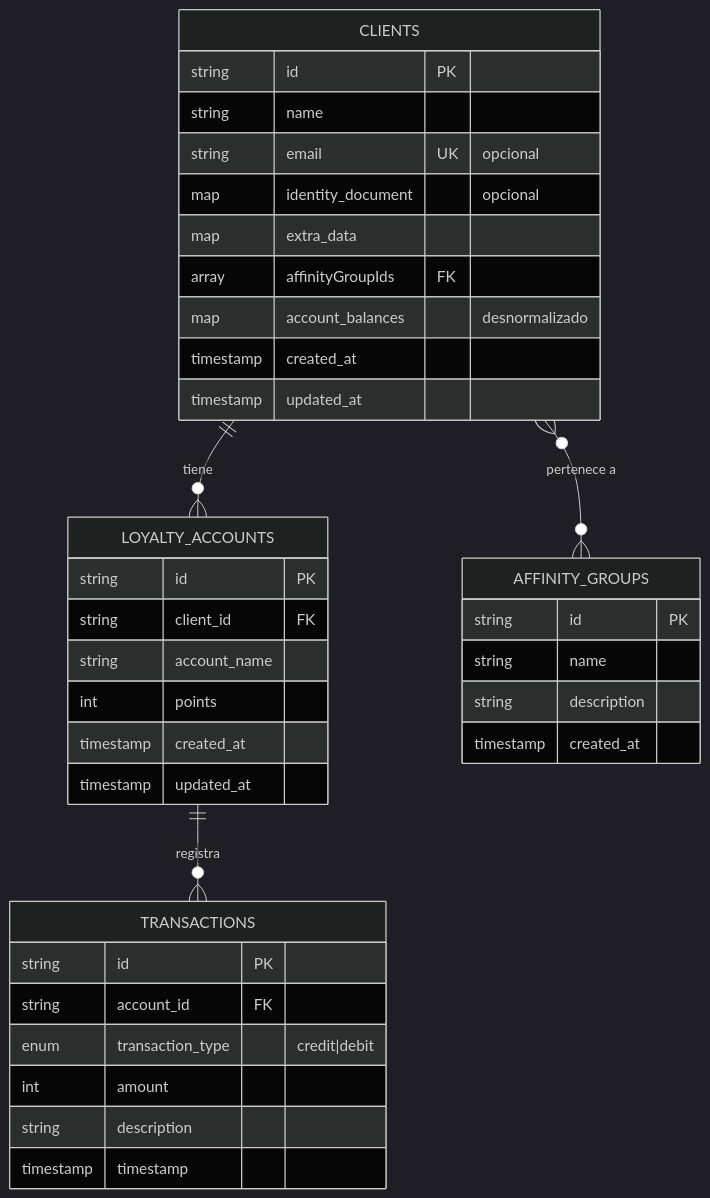
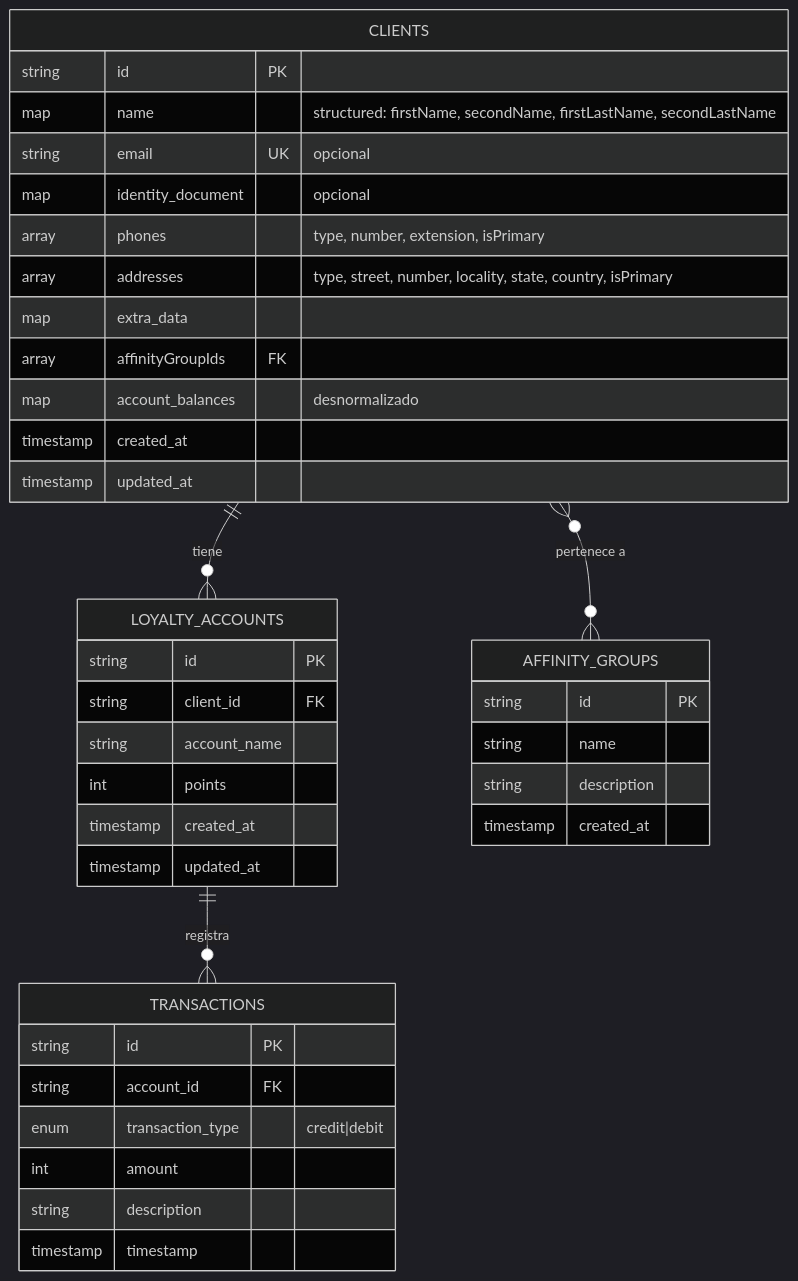
The second of 8 diagrams in docs/README.md (fnoya/loyalty-gen), drawn with Mermaid (dark theme) before and after one commit. The commit also changed other lines of this file, not shown here.

````diff
--- a/docs/README.md
+++ b/docs/README.md
@@ -106,43 +116,45 @@
 ```mermaid
 erDiagram
     CLIENTS ||--o{ LOYALTY_ACCOUNTS : "tiene"
     CLIENTS }o--o{ AFFINITY_GROUPS : "pertenece a"
     LOYALTY_ACCOUNTS ||--o{ TRANSACTIONS : "registra"
 
     CLIENTS {
         string id PK
-        string name
+        map name "structured: firstName, secondName, firstLastName, secondLastName"
         string email UK "opcional"
         map identity_document "opcional"
+        array phones "type, number, extension, isPrimary"
+        array addresses "type, street, number, locality, state, country, isPrimary"
         map extra_data
         array affinityGroupIds FK
         map account_balances "desnormalizado"
         timestamp created_at
         timestamp updated_at
     }
 
     AFFINITY_GROUPS {
         string id PK
         string name
         string description
         timestamp created_at
     }
 
     LOYALTY_ACCOUNTS {
         string id PK
         string client_id FK
         string account_name
         int points
         timestamp created_at
         timestamp updated_at
     }
 
     TRANSACTIONS {
         string id PK
         string account_id FK
         enum transaction_type "credit|debit"
         int amount
         string description
         timestamp timestamp
     }
 ```
````
